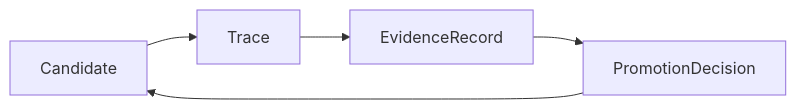
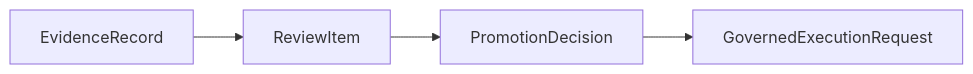
One commit to openboa-ai/ouroboros changed the diagram in wiki/architecture/specs/11-promotion-decision-contract.md. Above: the diagram before and after it, drawn with Mermaid. The commit also changed other lines of this file and 80 other files, not shown here.

Commit message:
docs: lock mlp-01 architecture design baseline

````diff
--- a/wiki/architecture/specs/11-promotion-decision-contract.md
+++ b/wiki/architecture/specs/11-promotion-decision-contract.md
@@ -118,7 +53,6 @@
 ```mermaid
 flowchart LR
-    A["Candidate"] --> B["Trace"]
-    B --> C["EvidenceRecord"]
-    C --> D["PromotionDecision"]
-    D --> A
+    A["EvidenceRecord"] --> B["ReviewItem"]
+    B --> C["PromotionDecision"]
+    C --> D["GovernedExecutionRequest"]
 ```
````
